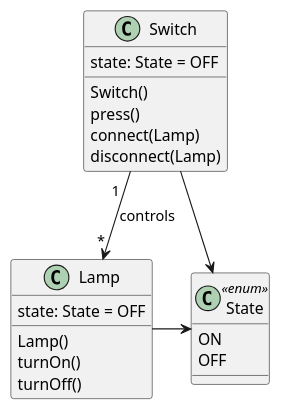
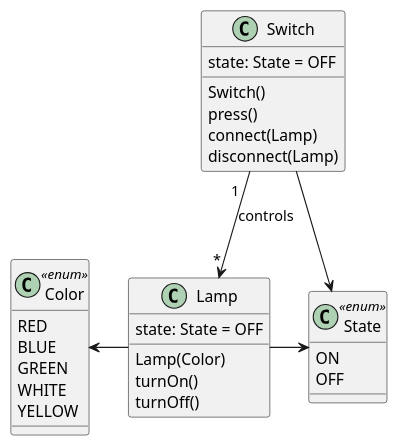
One commit to andrebauer/unterricht changed the first of 2 diagrams in docs/anwendungsentwicklung/oop-java-einstieg/information-objektorientierte-programmierung-mit-java.adoc. Above: the diagram before and after it, drawn with PlantUML. The commit also changed other lines of this file and 11 other files, not shown here.

```diff
--- a/docs/anwendungsentwicklung/oop-java-einstieg/information-objektorientierte-programmierung-mit-java.adoc
+++ b/docs/anwendungsentwicklung/oop-java-einstieg/information-objektorientierte-programmierung-mit-java.adoc
@@ -40,26 +40,35 @@
 [plantuml, {prefix}-klassendiagramm-schalter-lampe-enum-erweitert, svg]
 ....
 class "Switch" as switch1 {
   state: State = OFF
   Switch()
   press()
   connect(Lamp)
   disconnect(Lamp)
 } 
 
+class "Color" << enum >> {
+  RED
+  BLUE
+  GREEN
+  WHITE
+  YELLOW
+}
+
 class "Lamp" as lamp1 {
   state: State = OFF
-  Lamp()
+  Lamp(Color)
   turnOn()
   turnOff()
 }
 
 class "State" << enum >> {
   ON
   OFF
 }
 
 switch1 "1  " --> "*" lamp1 : controls
 switch1 -> State
 lamp1 -> State
+Color <- lamp1 
 ....
```
